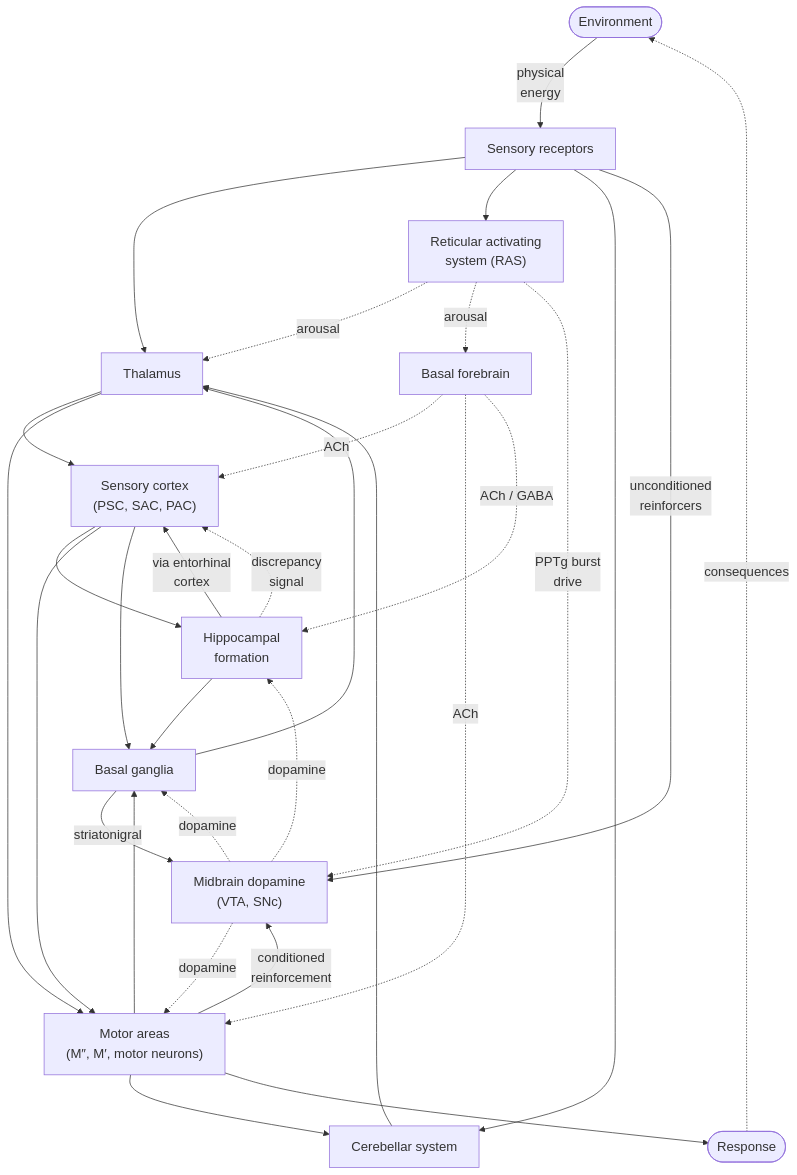
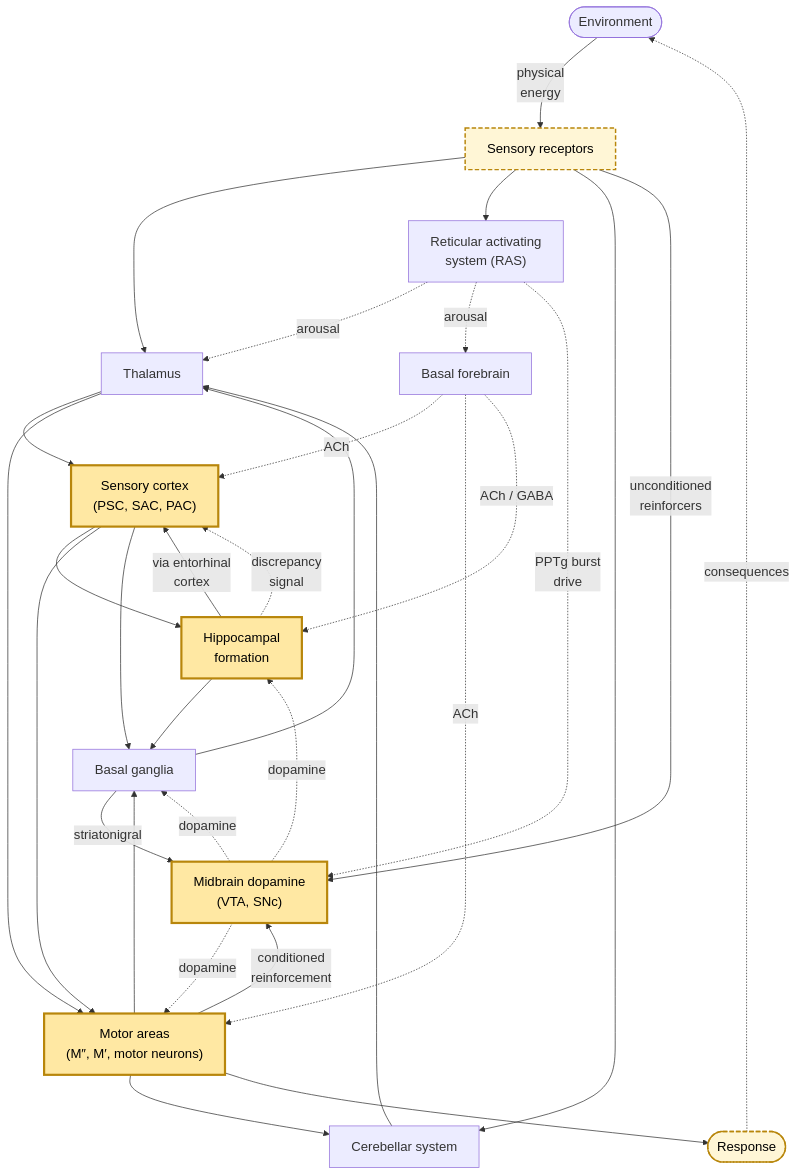
Before and after one commit to BehaviorAnalysisSimulation/LiteratureAndPlanning: the first of 5 diagrams in Diagrams/NeuralArchitecture/neural_architecture_reference.md, drawn with Mermaid. The commit also changed other lines of this file and 1 other file, not shown here.

````diff
--- a/Diagrams/NeuralArchitecture/neural_architecture_reference.md
+++ b/Diagrams/NeuralArchitecture/neural_architecture_reference.md
@@ -21,35 +32,41 @@
 ```mermaid
 %%{init: {"flowchart": {"useMaxWidth": false, "nodeSpacing": 50, "rankSpacing": 70}, "themeVariables": {"fontSize": "18px"}}}%%
 flowchart TD
     ENV(["Environment"]) -->|"physical<br/>energy"| REC["Sensory receptors"]
     REC --> TH["Thalamus"]
     REC --> RAS["Reticular activating<br/>system (RAS)"]
     REC --> CB["Cerebellar system"]
     REC -->|"unconditioned<br/>reinforcers"| DA["Midbrain dopamine<br/>(VTA, SNc)"]
     TH --> SCTX["Sensory cortex<br/>(PSC, SAC, PAC)"]
     SCTX --> HPC["Hippocampal<br/>formation"]
     HPC -->|"via entorhinal<br/>cortex"| SCTX
     SCTX --> MOT["Motor areas<br/>(M″, M′, motor neurons)"]
     SCTX --> BG["Basal ganglia"]
     HPC --> BG
     MOT --> BG
     MOT --> CB
     BG --> TH
     CB --> TH
     TH --> MOT
     MOT -->|"conditioned<br/>reinforcement"| DA
     BG -->|"striatonigral"| DA
     MOT --> RESP(["Response"])
     RESP -.->|"consequences"| ENV
 
     DA -.->|"dopamine"| MOT
     DA -.->|"dopamine"| HPC
     DA -.->|"dopamine"| BG
     HPC -.->|"discrepancy<br/>signal"| SCTX
     RAS -.->|"arousal"| TH
     RAS -.->|"arousal"| BF["Basal forebrain"]
     RAS -.->|"PPTg burst<br/>drive"| DA
     BF -.->|"ACh"| SCTX
     BF -.->|"ACh"| MOT
     BF -.->|"ACh / GABA"| HPC
+
+    %% Selection-network styling
+    classDef donahoe fill:#FFE8A3,stroke:#B8860B,stroke-width:3px,color:#000
+    classDef donahoeIO fill:#FFF6D6,stroke:#B8860B,stroke-width:2px,stroke-dasharray:6 3,color:#000
+    class SCTX,HPC,MOT,DA donahoe
+    class REC,RESP donahoeIO
 ```
````
